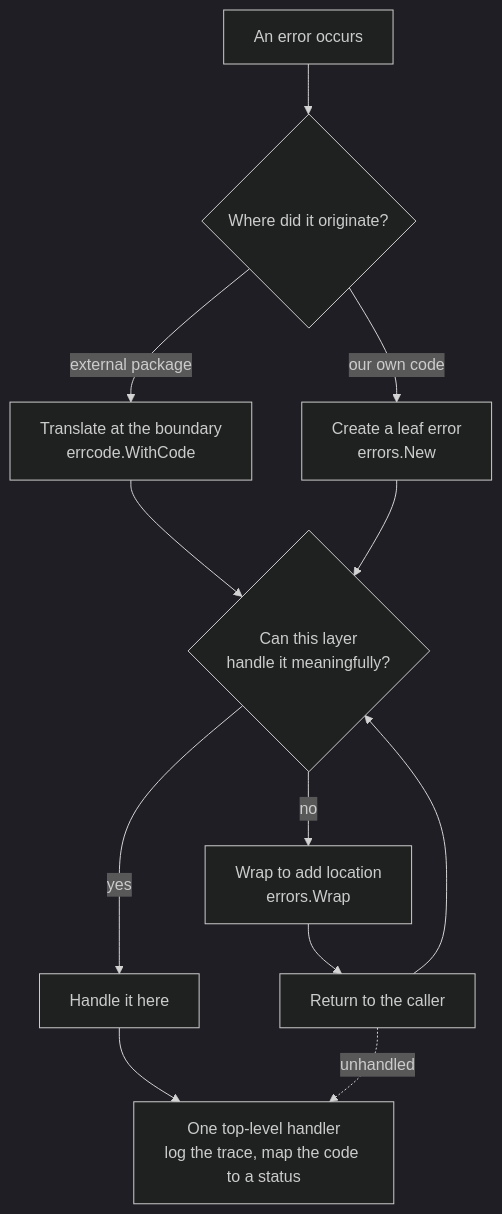
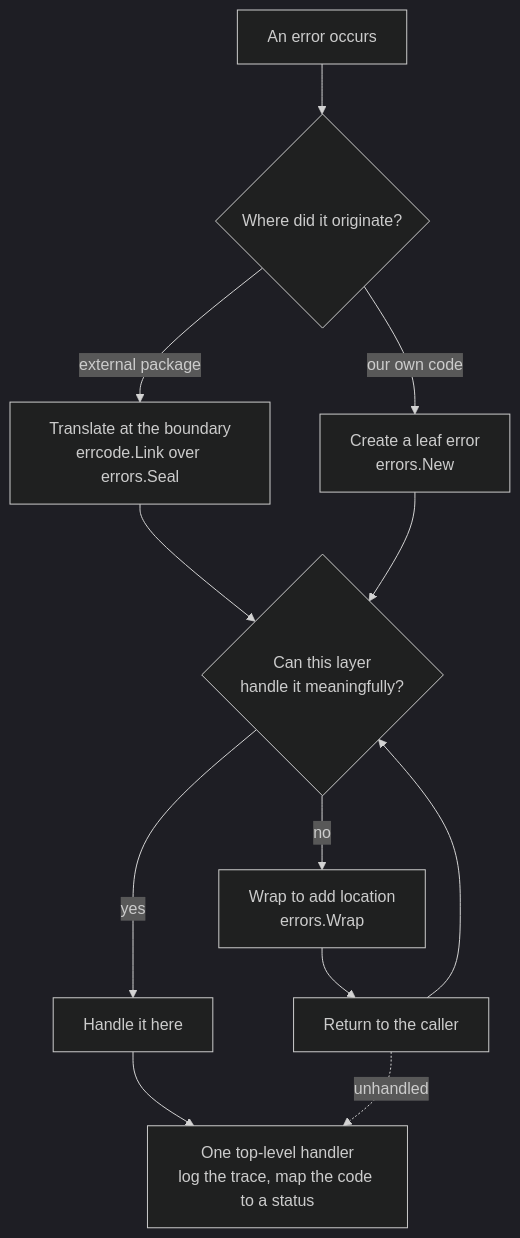
The first of 2 diagrams in philosophy.md (StevenACoffman/toerr), drawn with Mermaid (dark theme) before and after one commit. The commit also changed other lines of this file and 1 other file, not shown here.

First line of the commit message:
philosophy: teach Seal and Link at the boundary

````diff
--- a/philosophy.md
+++ b/philosophy.md
@@ -526,14 +551,14 @@
 ```mermaid
 graph TD
     A[An error occurs] --> B{Where did it originate?}
-    B -->|external package| C[Translate at the boundary<br/>errcode.WithCode]
+    B -->|external package| C[Translate at the boundary<br/>errcode.Link over errors.Seal]
     B -->|our own code| D[Create a leaf error<br/>errors.New]
     C --> F{Can this layer<br/>handle it meaningfully?}
     D --> F
     F -->|yes| G[Handle it here]
     F -->|no| H[Wrap to add location<br/>errors.Wrap]
     H --> I[Return to the caller]
     I --> F
     G --> Z[One top-level handler<br/>log the trace, map the code to a status]
     I -.unhandled.-> Z
 ```
````
